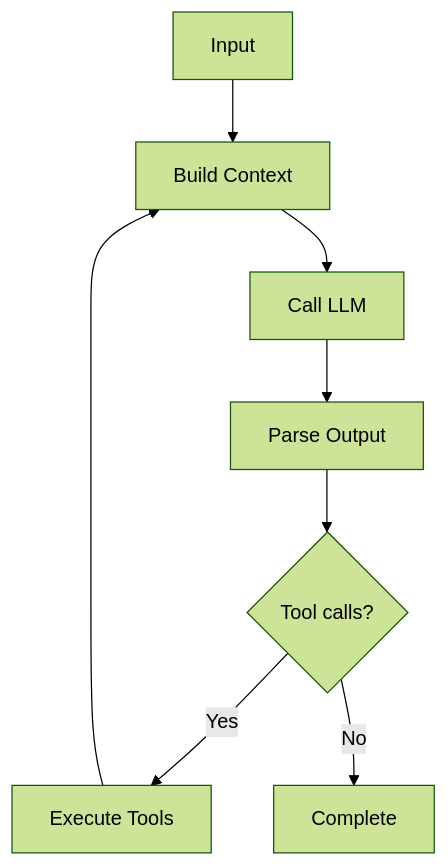
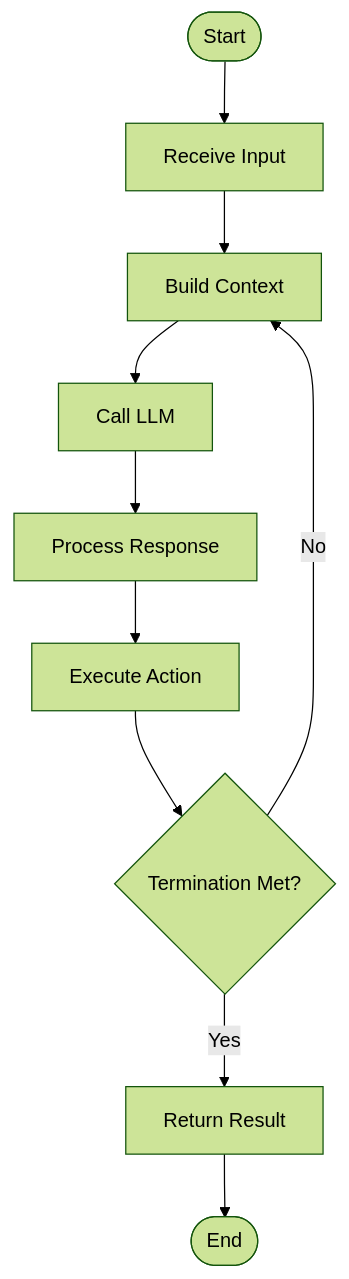
The diagram in BLOG.en.md (XavierZhang2002/ai-agent-framework-analysis), drawn with Mermaid (forest theme) before and after one commit. The commit also changed other lines of this file and 1 other file, not shown here.

First line of the commit message:
fix(diagram): Make Agent Loop flowchart more generic and abstract

````diff
--- a/BLOG.en.md
+++ b/BLOG.en.md
@@ -287,10 +287,12 @@
 ```mermaid
 flowchart TD
-    A[Input] --> B[Build Context]
-    B --> C[Call LLM]
-    C --> D[Parse Output]
-    D --> E{Tool calls?}
-    E -->|Yes| F[Execute Tools]
-    E -->|No| G[Complete]
-    F --> B
+    Start([Start]) --> Input[Receive Input]
+    Input --> Context[Build Context]
+    Context --> LLM[Call LLM]
+    LLM --> Process[Process Response]
+    Process --> Action[Execute Action]
+    Action --> Check{Termination Met?}
+    Check -->|No| Context
+    Check -->|Yes| Output[Return Result]
+    Output --> End([End])
 ```
````
